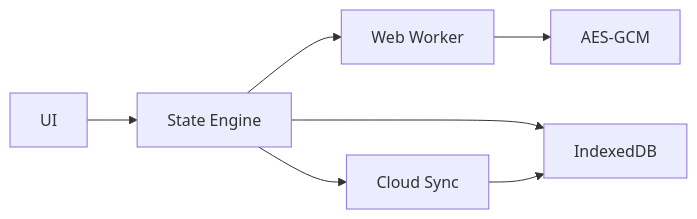
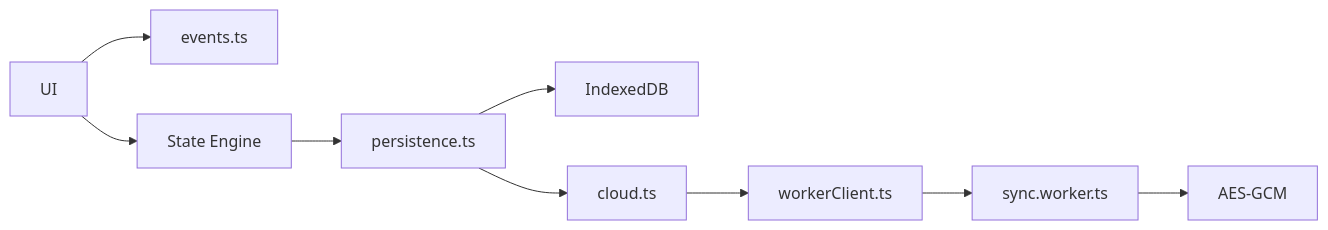
Before and after one commit to farifran/askesis: the ninth of 9 diagrams in README.md, drawn with Mermaid. The commit also changed other lines of this file and 2 other files, not shown here.

Commit message:
Refactor architecture diagrams: update component relationships and enhance clarity in event handling

````diff
--- a/README.md
+++ b/README.md
@@ -699,9 +719,11 @@
 ```mermaid
 flowchart LR
-  UI[UI] --> State[State Engine]
-  State --> Worker[Web Worker]
+  UI[UI] --> Events[events.ts]
+  UI --> State[State Engine]
+  State --> Persist[persistence.ts]
+  Persist --> Storage[IndexedDB]
+  Persist --> Cloud[cloud.ts]
+  Cloud --> WRPC[workerClient.ts]
+  WRPC --> Worker[sync.worker.ts]
   Worker --> Crypto[AES-GCM]
-  State --> Storage[IndexedDB]
-  State --> Sync[Cloud Sync]
-  Sync --> Storage
 ```
````
